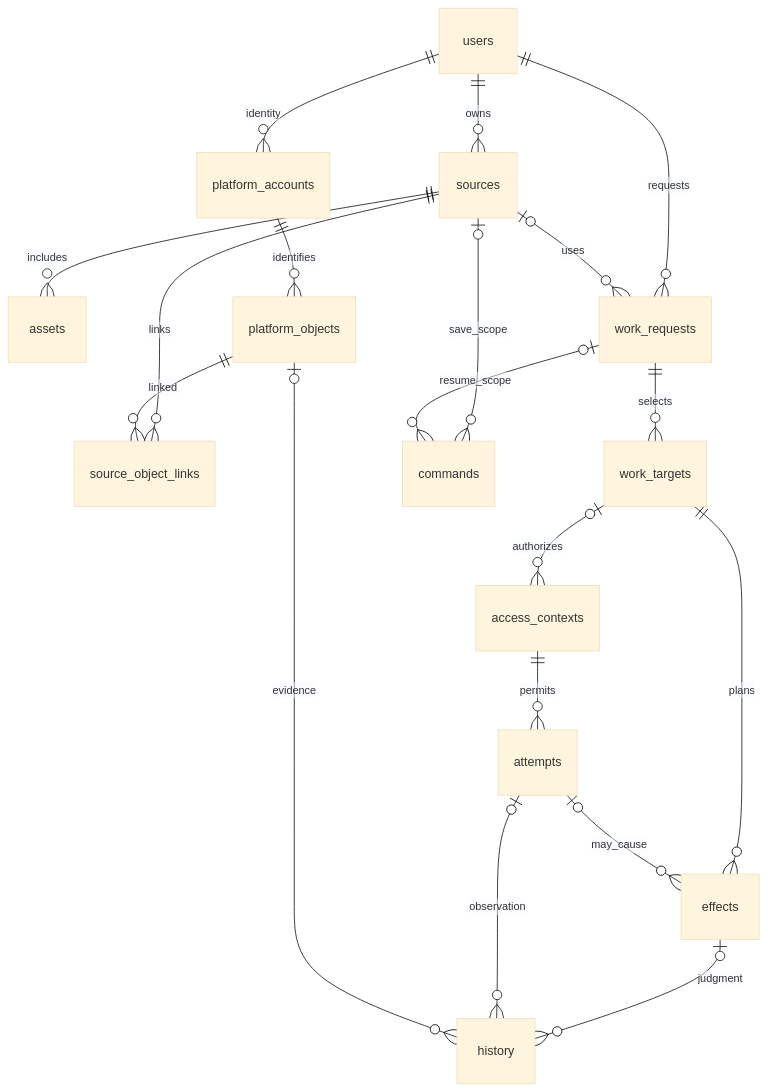
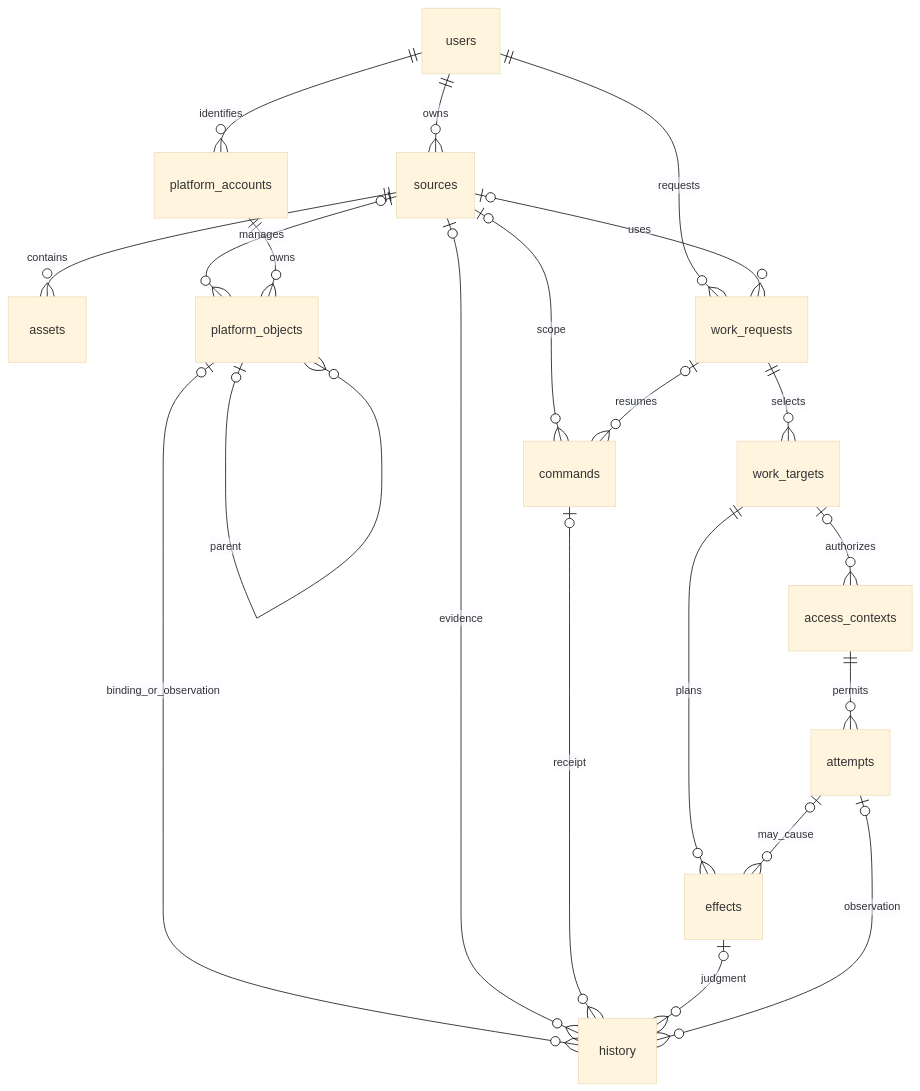
The diagram in docs/review/lesson-registration/DB-MINIMAL-V5.md (ik-e/chaja-you), drawn with Mermaid (base theme) before and after one commit. The commit also changed other lines of this file and 4 other files, not shown here.

Commit message:
docs(R01): apply approved 1:N source-object relation in DB V5.1 and record R05 review

````diff
--- a/docs/review/lesson-registration/DB-MINIMAL-V5.md
+++ b/docs/review/lesson-registration/DB-MINIMAL-V5.md
@@ -63,21 +32,23 @@
 ```mermaid
 erDiagram
   users ||--o{ sources : owns
-  users ||--o{ platform_accounts : identity
-  sources ||--o{ assets : includes
-  platform_accounts ||--o{ platform_objects : identifies
-  sources ||--o{ source_object_links : links
-  platform_objects ||--o{ source_object_links : linked
+  users ||--o{ platform_accounts : identifies
+  sources ||--o{ assets : contains
+  sources o|--o{ platform_objects : manages
+  platform_accounts ||--o{ platform_objects : owns
+  platform_objects o|--o{ platform_objects : parent
   users ||--o{ work_requests : requests
   sources o|--o{ work_requests : uses
   work_requests ||--o{ work_targets : selects
-  sources o|--o{ commands : save_scope
-  work_requests o|--o{ commands : resume_scope
+  sources o|--o{ commands : scope
+  work_requests o|--o{ commands : resumes
   work_targets o|--o{ access_contexts : authorizes
   access_contexts ||--o{ attempts : permits
   work_targets ||--o{ effects : plans
   attempts o|--o{ effects : may_cause
+  platform_objects o|--o{ history : binding_or_observation
+  sources o|--o{ history : evidence
+  commands o|--o{ history : receipt
   effects o|--o{ history : judgment
   attempts o|--o{ history : observation
-  platform_objects o|--o{ history : evidence
 ```
````
